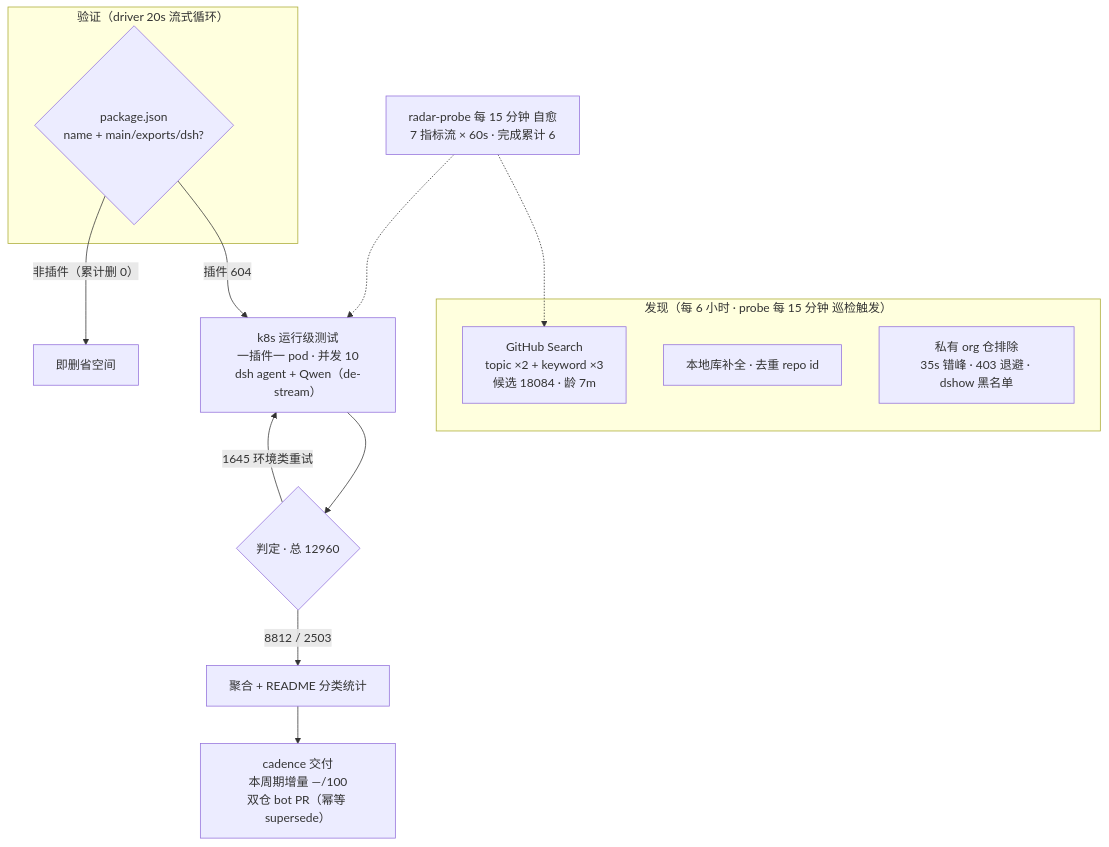
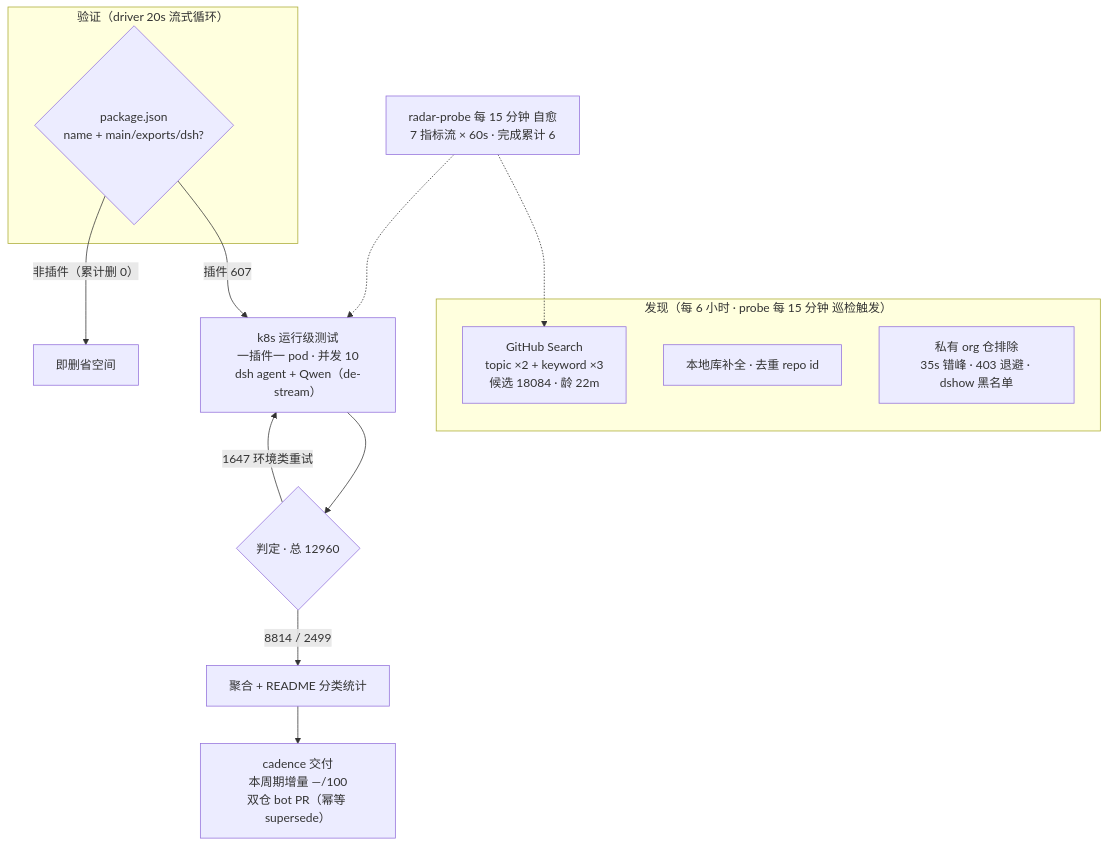
The diagram in README.md (AdamPlatin123/awesome-dsh-plugins), drawn with Mermaid before and after one commit. The commit also changed other lines of this file and 5 other files, not shown here.

````diff
--- a/README.md
+++ b/README.md
@@ -52,20 +52,20 @@
 ```mermaid
 flowchart TB
     subgraph Discovery["发现（每 6 小时 · probe 每 15 分钟 巡检触发）"]
-        A1["GitHub Search<br/>topic ×2 + keyword ×3<br/>候选 18084 · 龄 7m"]
+        A1["GitHub Search<br/>topic ×2 + keyword ×3<br/>候选 18084 · 龄 22m"]
         A2["本地库补全 · 去重 repo id"]
         A3["私有 org 仓排除<br/>35s 错峰 · 403 退避 · dshow 黑名单"]
     end
     subgraph Validation["验证（driver 20s 流式循环）"]
         B1{"package.json<br/>name + main/exports/dsh?"}
     end
-    B1 -->|"插件 604"| C1["k8s 运行级测试<br/>一插件一 pod · 并发 10<br/>dsh agent + Qwen（de-stream）"]
+    B1 -->|"插件 607"| C1["k8s 运行级测试<br/>一插件一 pod · 并发 10<br/>dsh agent + Qwen（de-stream）"]
     B1 -->|"非插件（累计删 0）"| B3["即删省空间"]
     C1 --> D1{"判定 · 总 12960"}
-    D1 -->|"8812 / 2503"| E1["聚合 + README 分类统计"]
-    D1 -->|"1645 环境类重试"| C1
+    D1 -->|"8814 / 2499"| E1["聚合 + README 分类统计"]
+    D1 -->|"1647 环境类重试"| C1
     E1 --> E2["cadence 交付<br/>本周期增量 —/100<br/>双仓 bot PR（幂等 supersede）"]
     M["radar-probe 每 15 分钟 自愈<br/>7 指标流 × 60s · 完成累计 6"]
     M -.-> A1
     M -.-> C1
 ```
````
